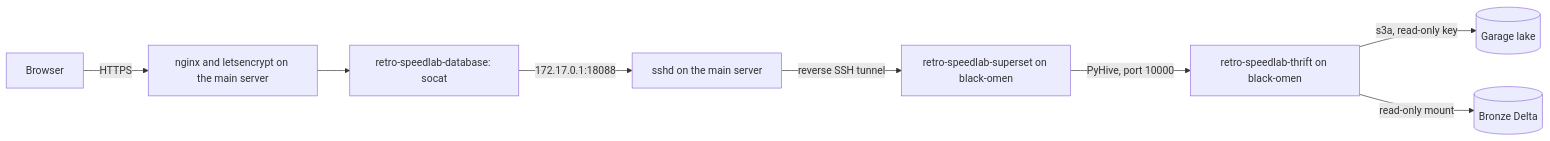
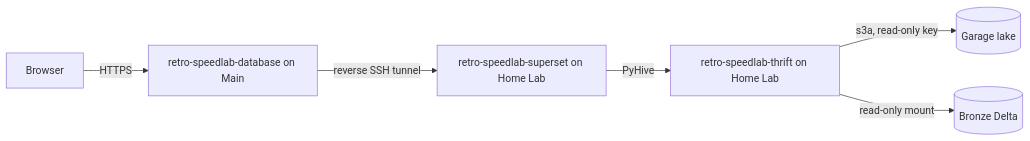
One commit to RetroSpeedLab/retro-speedlab-lakehouse changed the second of 2 diagrams in README.md. Above: the diagram before and after it, drawn with Mermaid. The commit also changed other lines of this file and 3 other files, not shown here.

Commit message:
docs: the README names the Main and Home Lab servers instead of hosts, ports and disk paths, and the tunnel reads the main address from the SSH config

````diff
--- a/README.md
+++ b/README.md
@@ -183,10 +149,8 @@
 ```mermaid
 flowchart LR
-    browser[Browser] -->|HTTPS| nginx[nginx and letsencrypt on the main server]
-    nginx --> proxy[retro-speedlab-database: socat]
-    proxy -->|172.17.0.1:18088| sshd[sshd on the main server]
-    sshd -->|reverse SSH tunnel| superset[retro-speedlab-superset on black-omen]
-    superset -->|PyHive, port 10000| thrift[retro-speedlab-thrift on black-omen]
+    browser[Browser] -->|HTTPS| proxy[retro-speedlab-database on Main]
+    proxy -->|reverse SSH tunnel| superset[retro-speedlab-superset on Home Lab]
+    superset -->|PyHive| thrift[retro-speedlab-thrift on Home Lab]
     thrift -->|s3a, read-only key| lake[(Garage lake)]
     thrift -->|read-only mount| bronze[(Bronze Delta)]
 ```
````
